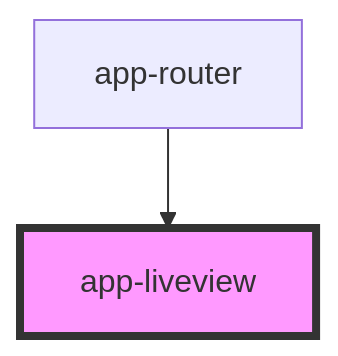
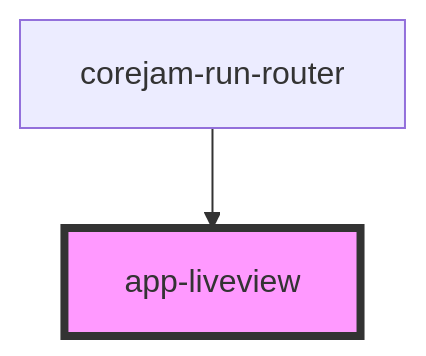
One commit to corejam/corejam changed the diagram in packages/dev/app/components/Liveview/readme.md. Above: the diagram before and after it, drawn with Mermaid. The commit also changed other lines of this file and 121 other files, not shown here.

````diff
--- a/packages/dev/app/components/Liveview/readme.md
+++ b/packages/dev/app/components/Liveview/readme.md
@@ -15,5 +15,5 @@
 ```mermaid
 graph TD;
-  app-router --> app-liveview
+  corejam-run-router --> app-liveview
   style app-liveview fill:#f9f,stroke:#333,stroke-width:4px
 ```
````
